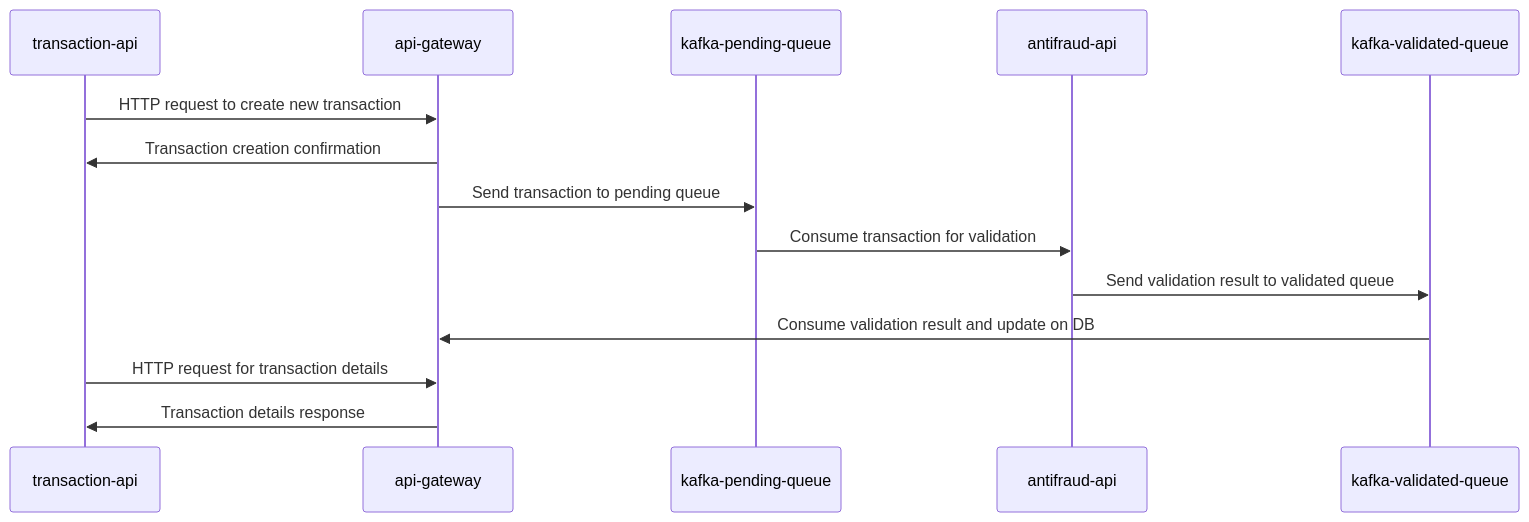
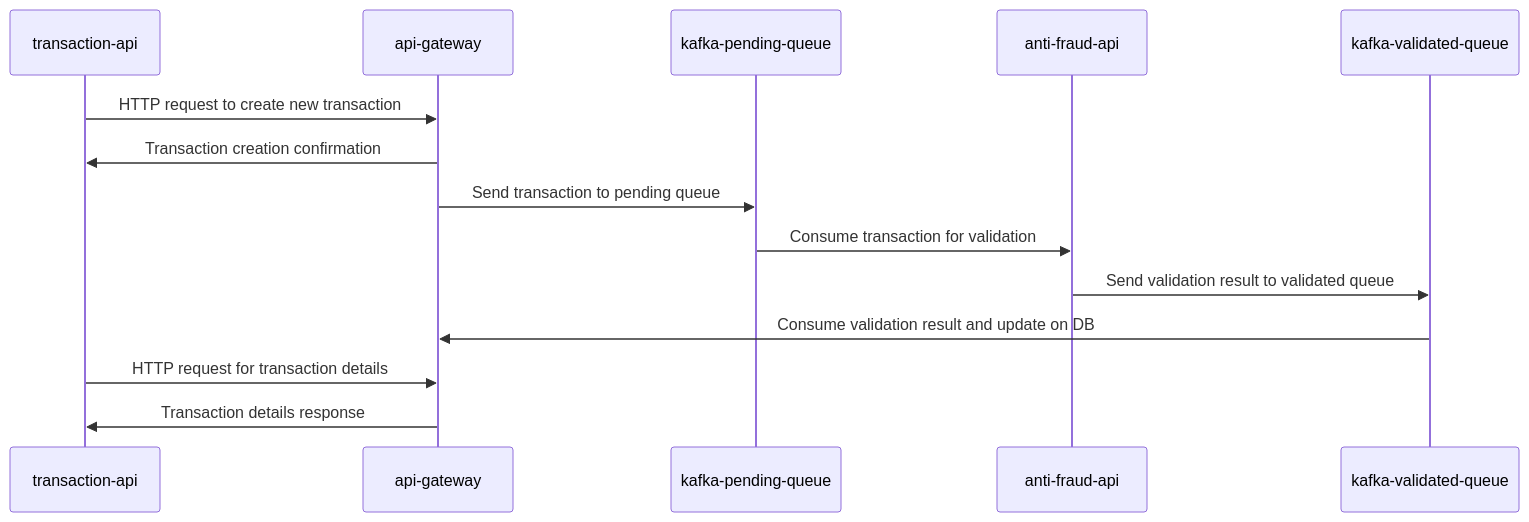
One commit to garciagf05/app-nodejs-codechallenge changed the second of 2 diagrams in README.md. Above: the diagram before and after it, drawn with Mermaid.

````diff
--- a/README.md
+++ b/README.md
@@ -97,17 +97,17 @@
 ```mermaid
   sequenceDiagram
     participant transaction-api
     participant api-gateway
     participant kafka-pending-queue
-    participant antifraud-api
+    participant anti-fraud-api
     participant kafka-validated-queue
 
     transaction-api->>api-gateway: HTTP request to create new transaction
     api-gateway->>transaction-api: Transaction creation confirmation
     api-gateway->>kafka-pending-queue: Send transaction to pending queue
-    kafka-pending-queue->>antifraud-api: Consume transaction for validation
-    antifraud-api->>kafka-validated-queue: Send validation result to validated queue
+    kafka-pending-queue->>anti-fraud-api: Consume transaction for validation
+    anti-fraud-api->>kafka-validated-queue: Send validation result to validated queue
     kafka-validated-queue->>api-gateway: Consume validation result and update on DB
     transaction-api->>api-gateway: HTTP request for transaction details
     api-gateway->>transaction-api: Transaction details response
 ```
````
